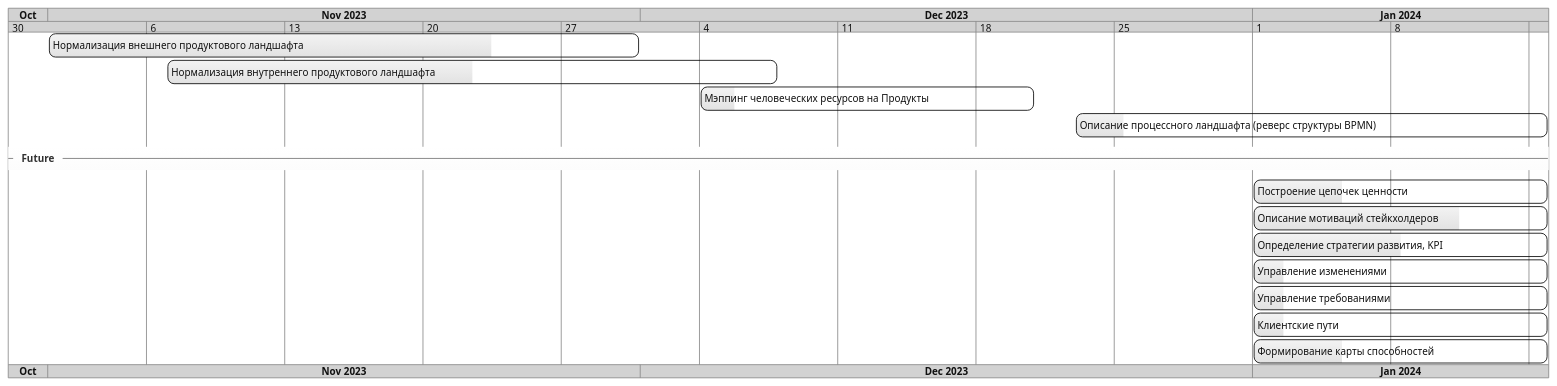
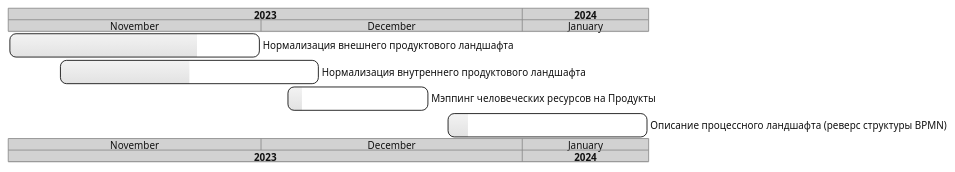
The diagram in docs/task_management/rm.puml (altershaman/eco_methodology), drawn with PlantUML before and after one commit. The commit also changed 3 other files, not shown here.

Commit message:
Architecture 2.0 doc

```diff
--- a/docs/task_management/rm.puml
+++ b/docs/task_management/rm.puml
@@ -1,54 +1,54 @@
 @startgantt
 !theme lightgray
 <style>
 ganttDiagram {
 
 	task {
 		$primary_scheme()
         FontColor #111111
         FontName Arial
 		LineColor #000000
 		Margin 2
 		Padding 6
 	}
 	timeline {
         FontColor #111111
         FontName Arial
 	}
 
 }
 </style>
 
-printscale weekly with calendar date zoom 5
-Project starts 2023-10-30
+printscale monthly with calendar date zoom 8
+Project starts 2023-11-01
 
 
 
 [Нормализация внешнего продуктового ландшафта] as [s01] starts 2023-11-01 and ends 2023-11-30
 [Нормализация внутреннего продуктового ландшафта] as [s02] starts 2023-11-07 and ends 2023-12-07
 [Мэппинг человеческих ресурсов на Продукты] as [s03] starts 2023-12-04 and ends 2023-12-20
 [Описание процессного ландшафта (реверс структуры BPMN)] as [s04] starts 2023-12-23 and ends 2024-01-15
---Future--
-[Построение цепочек ценности] as [s05] starts 2024-01-01 and requires 15 days
-[Описание мотиваций стейкхолдеров] as [s06] starts 2024-01-01 and requires 15 days
-[Определение стратегии развития, KPI] as [s07] starts 2024-01-01 and requires 15 days
-[Управление изменениями] as [s08] starts 2024-01-01 and requires 15 days
-[Управление требованиями] as [s09] starts 2024-01-01 and requires 15 days
-[Клиентские пути] as [s10] starts 2024-01-01 and requires 15 days
-[Формирование карты способностей] as [s11] starts 2024-01-01 and requires 15 days
+' --Future--
+' [Построение цепочек ценности] as [s05] starts 2024-01-01 and requires 15 days
+' [Описание мотиваций стейкхолдеров] as [s06] starts 2024-01-01 and requires 15 days
+' [Определение стратегии развития, KPI] as [s07] starts 2024-01-01 and requires 15 days
+' [Управление изменениями] as [s08] starts 2024-01-01 and requires 15 days
+' [Управление требованиями] as [s09] starts 2024-01-01 and requires 15 days
+' [Клиентские пути] as [s10] starts 2024-01-01 and requires 15 days
+' [Формирование карты способностей] as [s11] starts 2024-01-01 and requires 15 days
 
 [s01] is 75% completed
 [s02] is 50% completed
 [s03] is 10% completed
 [s04] is 10% completed
 
-[s05] is 30% completed
-[s06] is 70% completed
-[s07] is 50% completed
-[s08] is 10% completed
-[s09] is 10% completed
-[s10] is 10% completed
-[s11] is 30% completed
+' [s05] is 30% completed
+' [s06] is 70% completed
+' [s07] is 50% completed
+' [s08] is 10% completed
+' [s09] is 10% completed
+' [s10] is 10% completed
+' [s11] is 30% completed
 
 
 @endgantt
```
